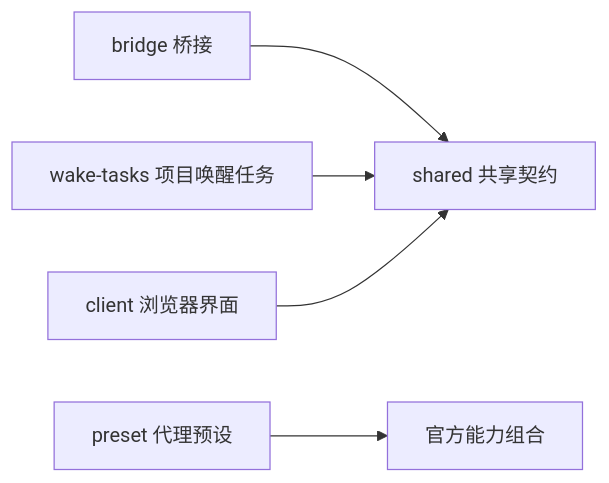
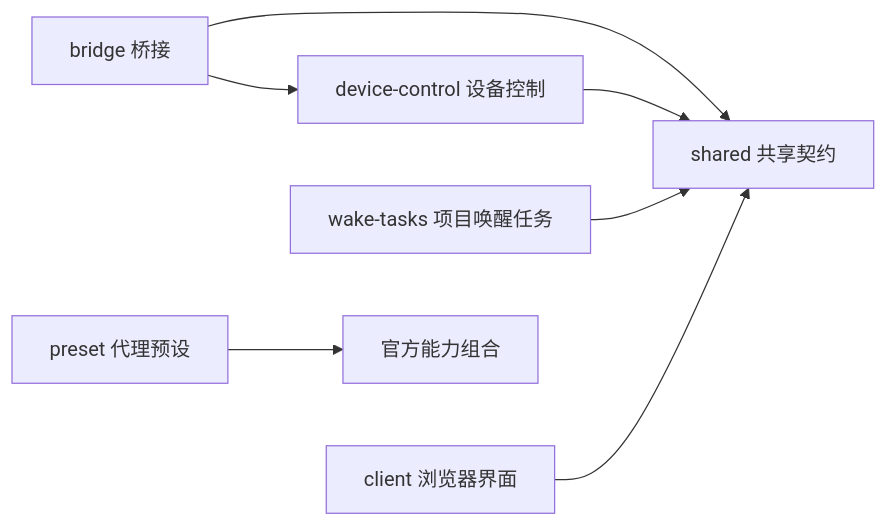
Before and after one commit to wet86y/voice-terminal: the diagram in docs/guides/dsh-plugin-maintenance.md, drawn with Mermaid. The commit also changed other lines of this file and 301 other files, not shown here.

````diff
--- a/docs/guides/dsh-plugin-maintenance.md
+++ b/docs/guides/dsh-plugin-maintenance.md
@@ -19,7 +20,9 @@
 ```mermaid
 graph LR
   B[bridge 桥接] --> S[shared 共享契约]
+  B --> D[device-control 设备控制]
+  D --> S
   W[wake-tasks 项目唤醒任务] --> S
   C[client 浏览器界面] --> S
   P[preset 代理预设] --> O[官方能力组合]
 ```
````
